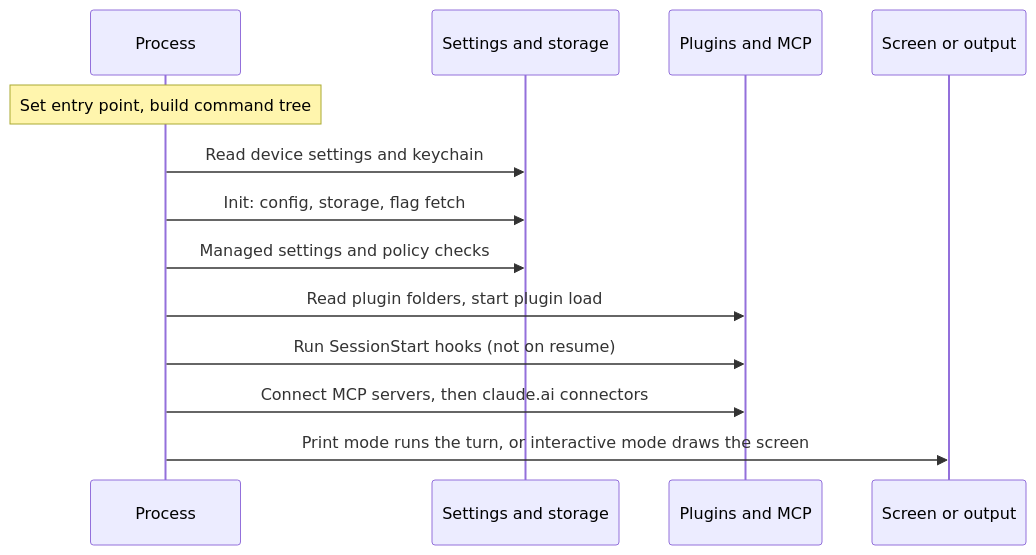
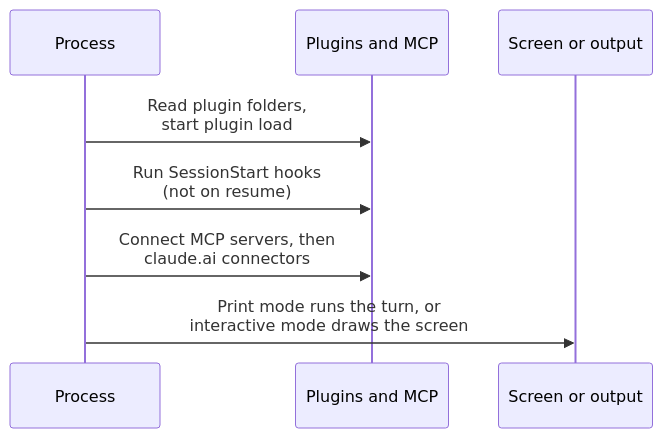
The fourth of 4 diagrams in docs/how-it-works/architecture.md (xsyetopz/claude-code-docs), drawn with Mermaid before and after one commit. The commit also changed other lines of this file and 19 other files, not shown here.

Commit message:
docs: split diagrams that overflow at 1280px

````diff
--- a/docs/how-it-works/architecture.md
+++ b/docs/how-it-works/architecture.md
@@ -91,15 +103,10 @@
 ```mermaid
 sequenceDiagram
   participant P as Process
-  participant S as Settings and storage
   participant X as Plugins and MCP
   participant U as Screen or output
-  Note over P: Set entry point, build command tree
-  P->>S: Read device settings and keychain
-  P->>S: Init: config, storage, flag fetch
-  P->>S: Managed settings and policy checks
-  P->>X: Read plugin folders, start plugin load
-  P->>X: Run SessionStart hooks (not on resume)
-  P->>X: Connect MCP servers, then claude.ai connectors
-  P->>U: Print mode runs the turn, or interactive mode draws the screen
+  P->>X: Read plugin folders,<br/>start plugin load
+  P->>X: Run SessionStart hooks<br/>(not on resume)
+  P->>X: Connect MCP servers, then<br/>claude.ai connectors
+  P->>U: Print mode runs the turn, or<br/>interactive mode draws the screen
 ```
````
